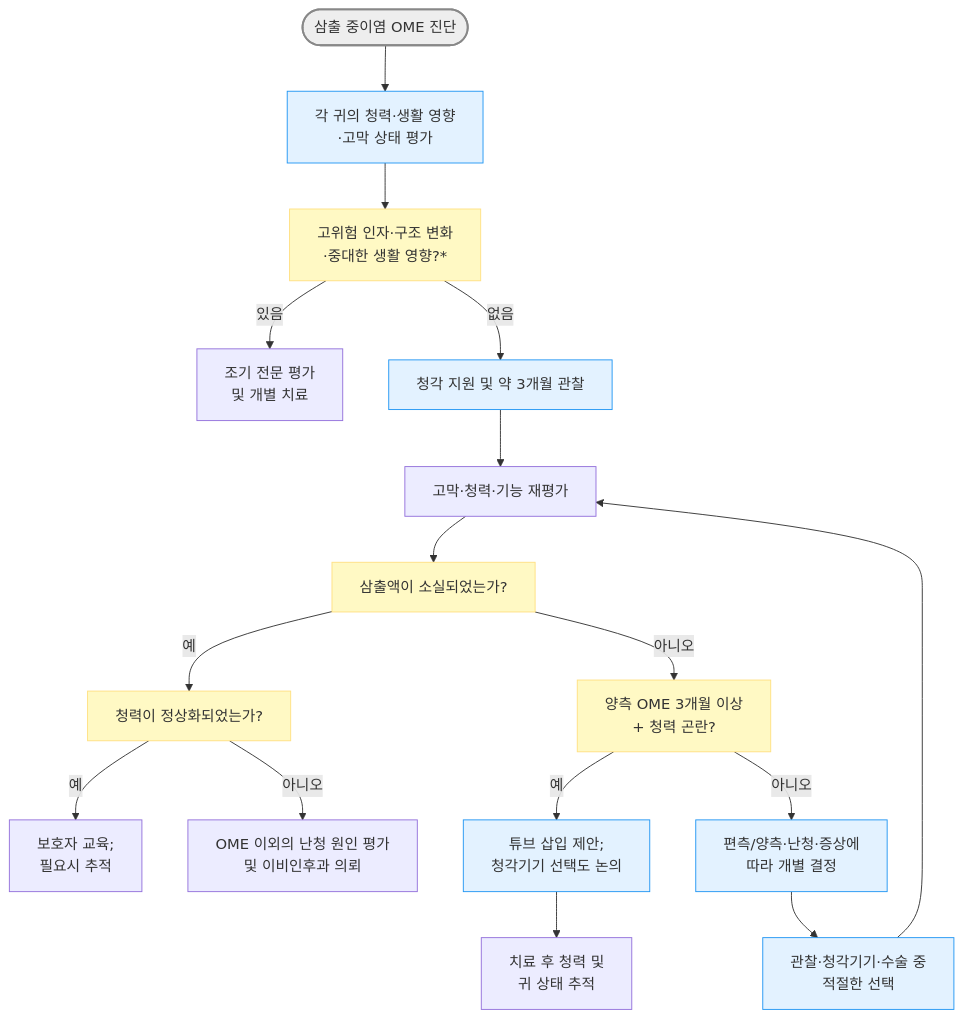
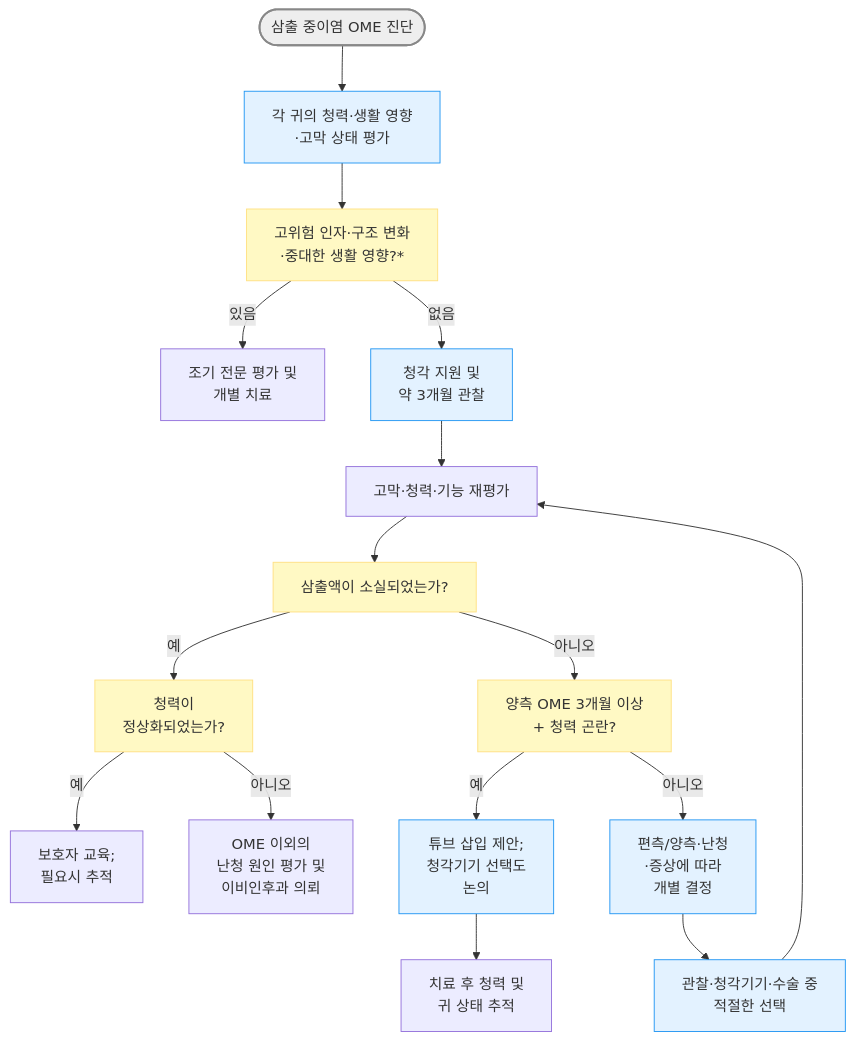
The diagram in 222_/048_-otitis-media.md (familyoh77/familyoh77), drawn with Mermaid before and after one commit. The commit also changed other lines of this file and 2 other files, not shown here.

````diff
--- a/222_/048_-otitis-media.md
+++ b/222_/048_-otitis-media.md
@@ -189,23 +189,23 @@
 ```mermaid
 graph TD
     Start(["삼출 중이염 OME 진단"]) --> Eval["각 귀의 청력·생활 영향<br/>·고막 상태 평가"]
     Eval --> Risk["고위험 인자·구조 변화<br/>·중대한 생활 영향?*"]
-    Risk -- 있음 --> Early["조기 전문 평가 <br/>및 개별 치료"]
-    Risk -- 없음 --> Observe["청각 지원 및 약 3개월 관찰"]
+    Risk -- 있음 --> Early["조기 전문 평가 및 <br/>개별 치료"]
+    Risk -- 없음 --> Observe["청각 지원 및 <br/>약 3개월 관찰"]
     Observe --> Review["고막·청력·기능 재평가"]
     Review --> Gone["삼출액이 소실되었는가?"]
-    Gone -- 예 --> Hearing["청력이 정상화되었는가?"]
+    Gone -- 예 --> Hearing["청력이 <br/>정상화되었는가?"]
     Hearing -- 예 --> End["보호자 교육; <br/>필요시 추적"]
-    Hearing -- 아니오 --> Other["OME 이외의 난청 원인 평가<br/>및 이비인후과 의뢰"]
+    Hearing -- 아니오 --> Other["OME 이외의 <br/>난청 원인 평가 및 <br/>이비인후과 의뢰"]
     Gone -- 아니오 --> Bilateral["양측 OME 3개월 이상 <br/>+ 청력 곤란?"]
-    Bilateral -- 예 --> Offer["튜브 삽입 제안; <br/>청각기기 선택도 논의"]
-    Bilateral -- 아니오 --> Tailor["편측/양측·난청·증상에 <br/>따라 개별 결정"]
+    Bilateral -- 예 --> Offer["튜브 삽입 제안; <br/>청각기기 선택도 <br/>논의"]
+    Bilateral -- 아니오 --> Tailor["편측/양측·난청<br/>·증상에 따라 <br/>개별 결정"]
     Offer --> Follow["치료 후 청력 및 <br/>귀 상태 추적"]
     Tailor --> Plan["관찰·청각기기·수술 중 <br/>적절한 선택"]
     Plan --> Review
     style Start fill:#eeeeee,stroke:#888888,stroke-width:2px
     classDef sky fill:#e3f2ff,stroke:#2196f3
     class Eval,Observe,Offer,Tailor,Plan sky
     classDef q fill:#fff9c4,stroke:#ffe082
     class Risk,Gone,Hearing,Bilateral q
 ```
````
